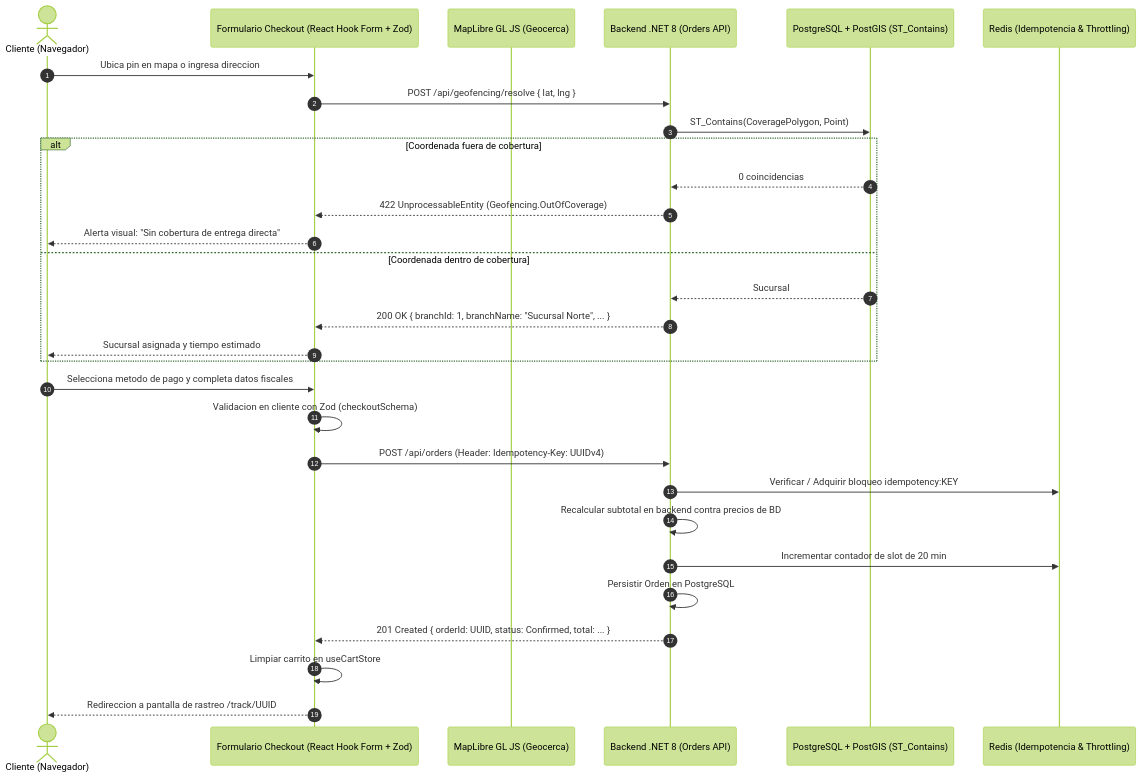
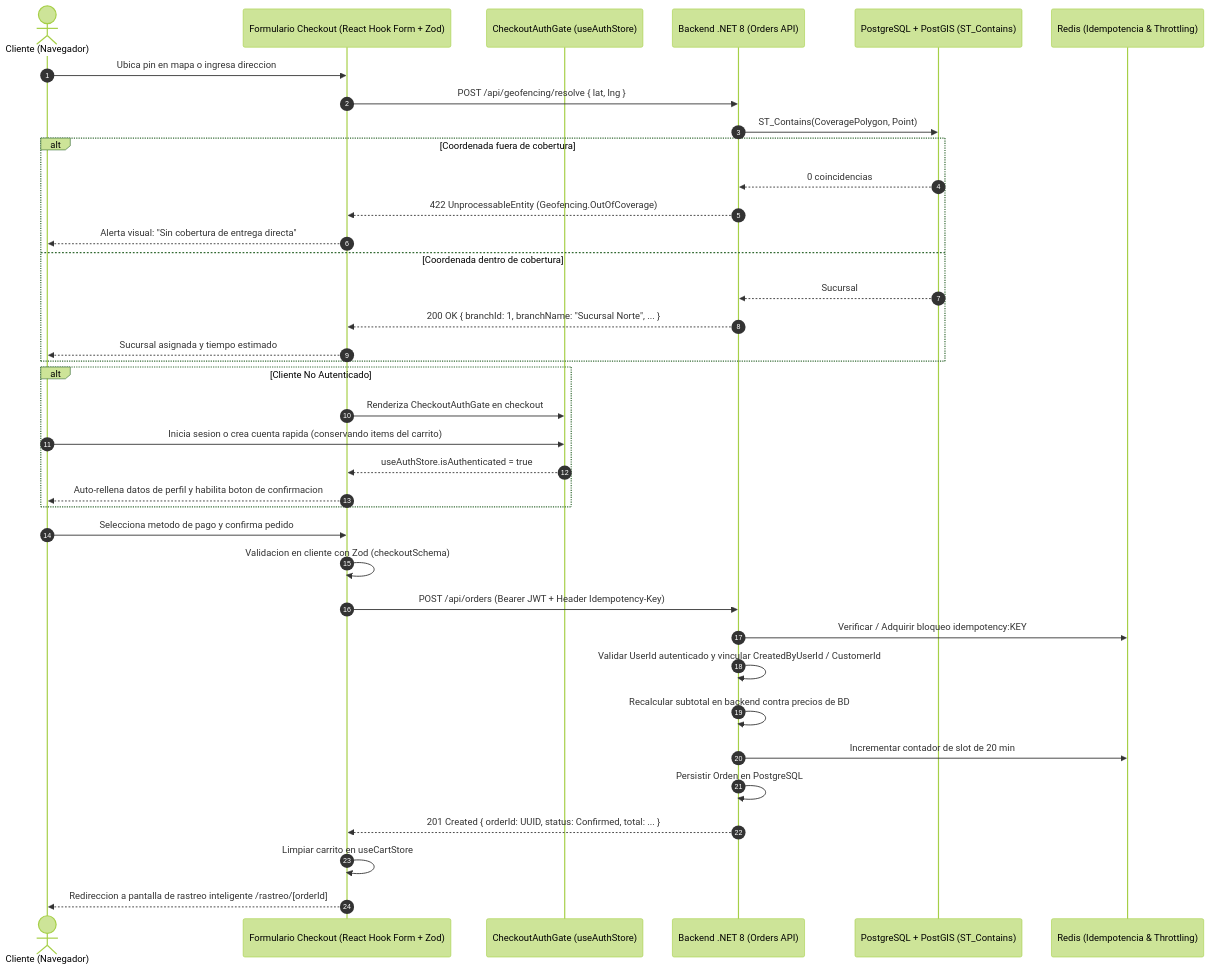
One commit to JorgeDoicela/delivery-platform changed the diagram in docs/04-frontend-web/05-flujo-checkout-y-cobertura.md. Above: the diagram before and after it, drawn with Mermaid (forest theme). The commit also changed other lines of this file and 21 other files, not shown here.

Commit message:
feat(orders): autenticacion obligatoria en checkout y rastreo multi-tenant vinculado a cuenta y telefono

````diff
--- a/docs/04-frontend-web/05-flujo-checkout-y-cobertura.md
+++ b/docs/04-frontend-web/05-flujo-checkout-y-cobertura.md
@@ -11,34 +11,42 @@
 ```mermaid
 sequenceDiagram
     autonumber
     actor Cliente as Cliente (Navegador)
     participant UI as Formulario Checkout (React Hook Form + Zod)
-    participant Map as MapLibre GL JS (Geocerca)
+    participant Auth as CheckoutAuthGate (useAuthStore)
     participant API as Backend .NET 8 (Orders API)
     participant PostGIS as PostgreSQL + PostGIS (ST_Contains)
     participant Redis as Redis (Idempotencia & Throttling)
 
     Cliente->>UI: Ubica pin en mapa o ingresa direccion
     UI->>API: POST /api/geofencing/resolve { lat, lng }
     API->>PostGIS: ST_Contains(CoveragePolygon, Point)
     alt Coordenada fuera de cobertura
         PostGIS-->>API: 0 coincidencias
         API-->>UI: 422 UnprocessableEntity (Geofencing.OutOfCoverage)
         UI-->>Cliente: Alerta visual: "Sin cobertura de entrega directa"
     else Coordenada dentro de cobertura
         PostGIS-->>API: Sucursal #1 (Norte)
         API-->>UI: 200 OK { branchId: 1, branchName: "Sucursal Norte", ... }
         UI-->>Cliente: Sucursal asignada y tiempo estimado
     end
 
-    Cliente->>UI: Selecciona metodo de pago y completa datos fiscales
+    alt Cliente No Autenticado
+        UI->>Auth: Renderiza CheckoutAuthGate en checkout
+        Cliente->>Auth: Inicia sesion o crea cuenta rapida (conservando items del carrito)
+        Auth-->>UI: useAuthStore.isAuthenticated = true
+        UI-->>Cliente: Auto-rellena datos de perfil y habilita boton de confirmacion
+    end
+
+    Cliente->>UI: Selecciona metodo de pago y confirma pedido
     UI->>UI: Validacion en cliente con Zod (checkoutSchema)
-    UI->>API: POST /api/orders (Header: Idempotency-Key: UUIDv4)
+    UI->>API: POST /api/orders (Bearer JWT + Header Idempotency-Key)
     API->>Redis: Verificar / Adquirir bloqueo idempotency:KEY
+    API->>API: Validar UserId autenticado y vincular CreatedByUserId / CustomerId
     API->>API: Recalcular subtotal en backend contra precios de BD
     API->>Redis: Incrementar contador de slot de 20 min
     API->>API: Persistir Orden en PostgreSQL
     API-->>UI: 201 Created { orderId: UUID, status: Confirmed, total: ... }
     UI->>UI: Limpiar carrito en useCartStore
-    UI-->>Cliente: Redireccion a pantalla de rastreo /track/UUID
+    UI-->>Cliente: Redireccion a pantalla de rastreo inteligente /rastreo/[orderId]
 ```
````
